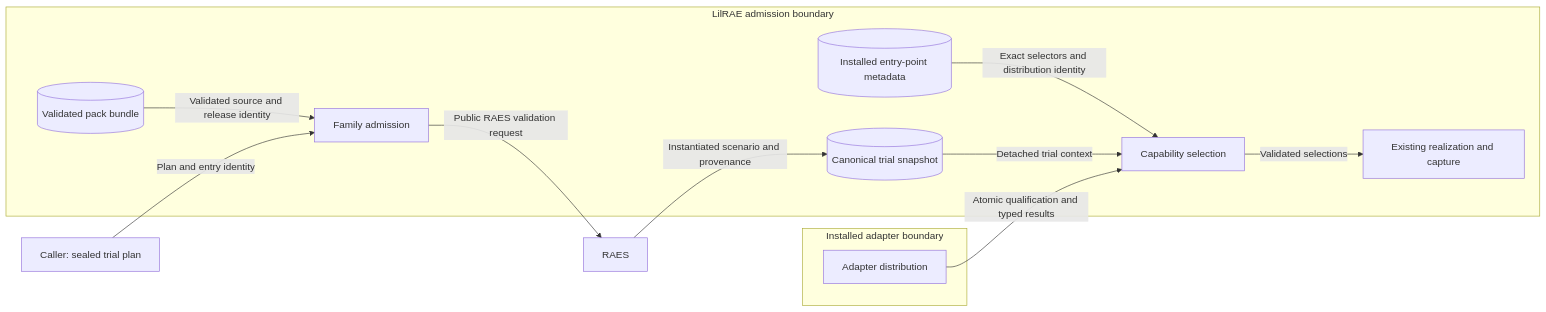
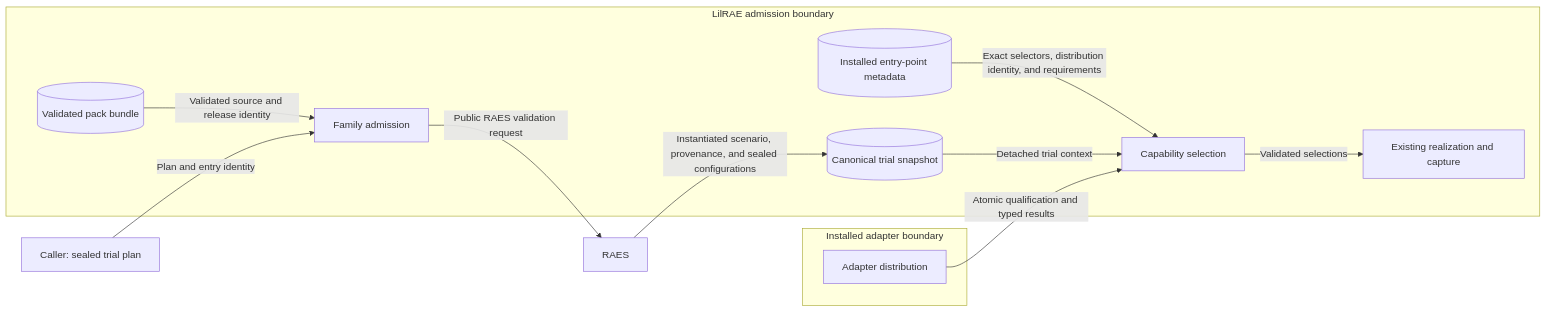
The diagram in docs/architecture/family-adapter-contract.md (OpenRAE/lilrae), drawn with Mermaid before and after one commit. The commit also changed other lines of this file and 48 other files, not shown here.

````diff
--- a/docs/architecture/family-adapter-contract.md
+++ b/docs/architecture/family-adapter-contract.md
@@ -42,22 +46,22 @@
 ```mermaid
 flowchart LR
   subgraph external[Installed adapter boundary]
     A[Adapter distribution]
   end
   subgraph core[LilRAE admission boundary]
     D[(Installed entry-point metadata)]
     B[(Validated pack bundle)]
     P[Family admission]
     T[(Canonical trial snapshot)]
     S[Capability selection]
     R[Existing realization and capture]
   end
   U[Caller: sealed trial plan] -->|Plan and entry identity| P
   B -->|Validated source and release identity| P
   P -->|Public RAES validation request| V[RAES]
-  V -->|Instantiated scenario and provenance| T
-  D -->|Exact selectors and distribution identity| S
+  V -->|Instantiated scenario, provenance, and sealed configurations| T
+  D -->|Exact selectors, distribution identity, and requirements| S
   A -->|Atomic qualification and typed results| S
   T -->|Detached trial context| S
   S -->|Validated selections| R
 ```
````
